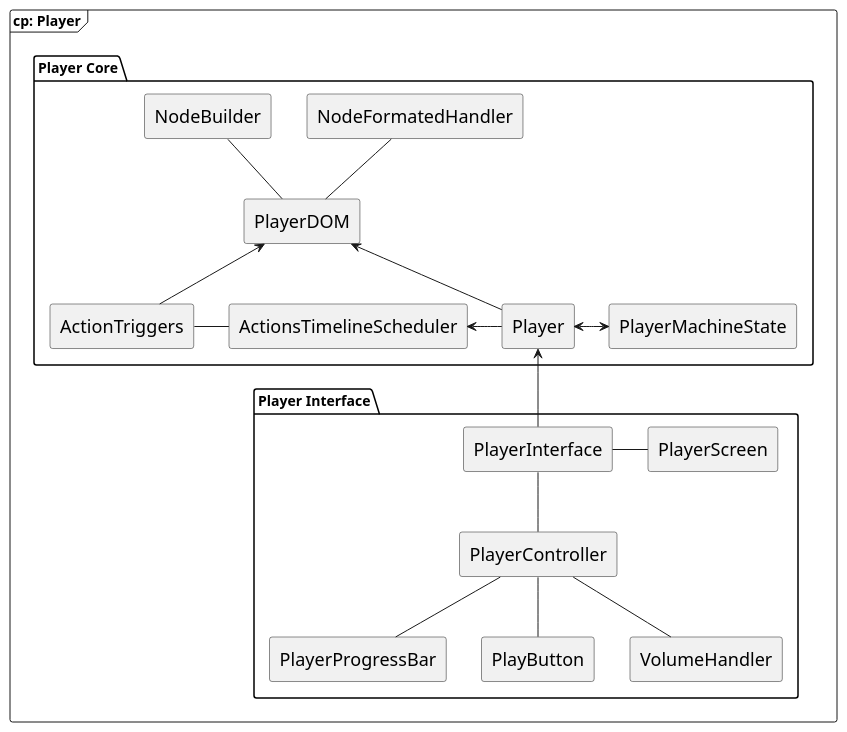
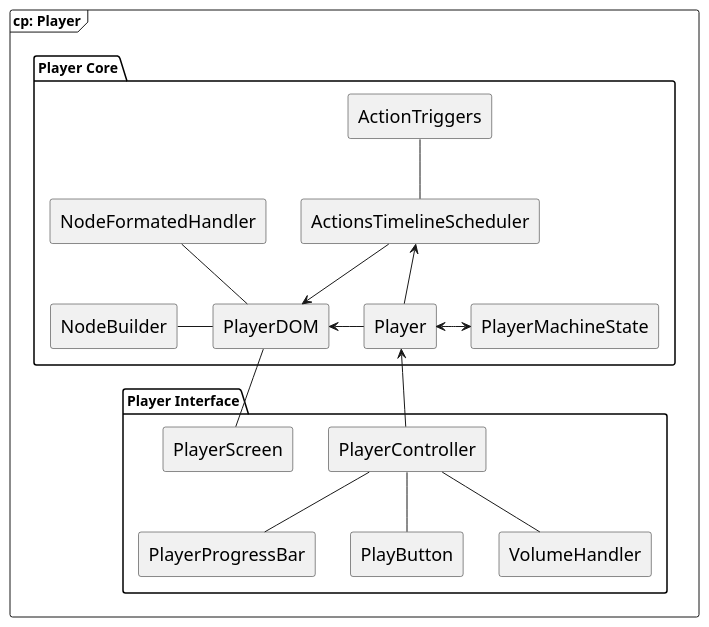
The diagram in models/6.Component/2.player.puml (SSMM0498/arkad-conception), drawn with PlantUML before and after one commit. The commit also changed 1 other file, not shown here.

```diff
--- a/models/6.Component/2.player.puml
+++ b/models/6.Component/2.player.puml
@@ -1,30 +1,29 @@
 @startuml "player component diagram"
 skinparam shadowing false
 skinparam monochrome true
 skinparam componentStyle rectangle
 skinparam component {
   FontSize 18
 }
 
 frame "cp: Player" {
     package "Player Core" {
-        [Player] -up-> [PlayerDOM]
-        [Player] -left-> [ActionsTimelineScheduler]
+        [Player] -up-> [ActionsTimelineScheduler]
+        [ActionsTimelineScheduler] -up- [ActionTriggers]
+        [Player] -left-> [PlayerDOM]
         [Player] <-right-> [PlayerMachineState]
-        [ActionsTimelineScheduler] -left- [ActionTriggers]
-        [ActionTriggers] -up-> [PlayerDOM]
-        [PlayerDOM] -up- [NodeBuilder]
+        [ActionsTimelineScheduler] -down-> [PlayerDOM]
+        [PlayerDOM] -left- [NodeBuilder]
         [PlayerDOM] -up- [NodeFormatedHandler]
     }
 
     package "Player Interface" {
-        [PlayerInterface] -down- [PlayerController]
-        [PlayerInterface] -right- [PlayerScreen]
+        [PlayerScreen]
         [PlayerController] -down- [PlayerProgressBar]
         [PlayerController] -down- [PlayButton]
         [PlayerController] -down- [VolumeHandler]
     }
-    
-    [Player] <-down- [PlayerInterface]
+    [PlayerScreen] -up- [PlayerDOM]
+    [PlayerController] -up-> [Player]
 }
 @enduml
```
